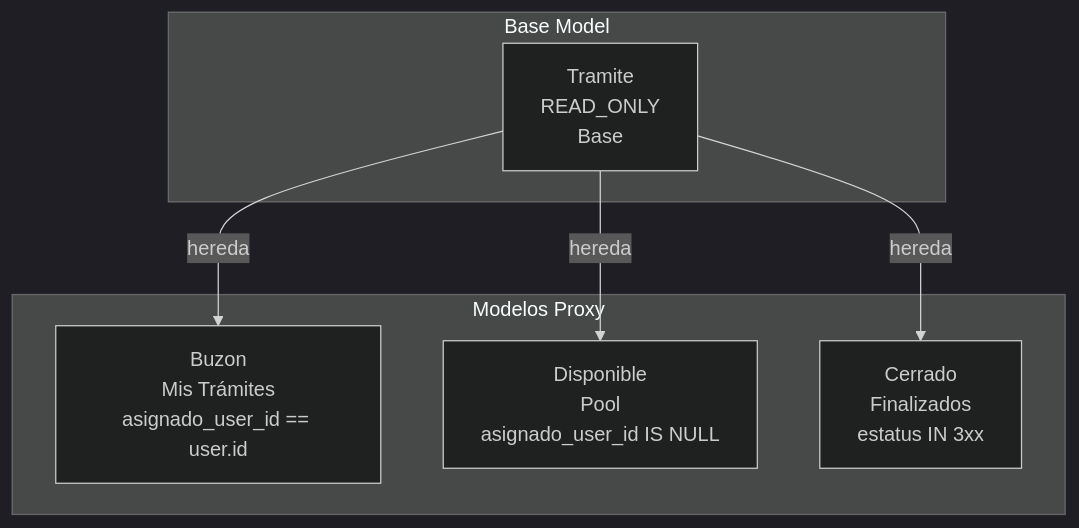
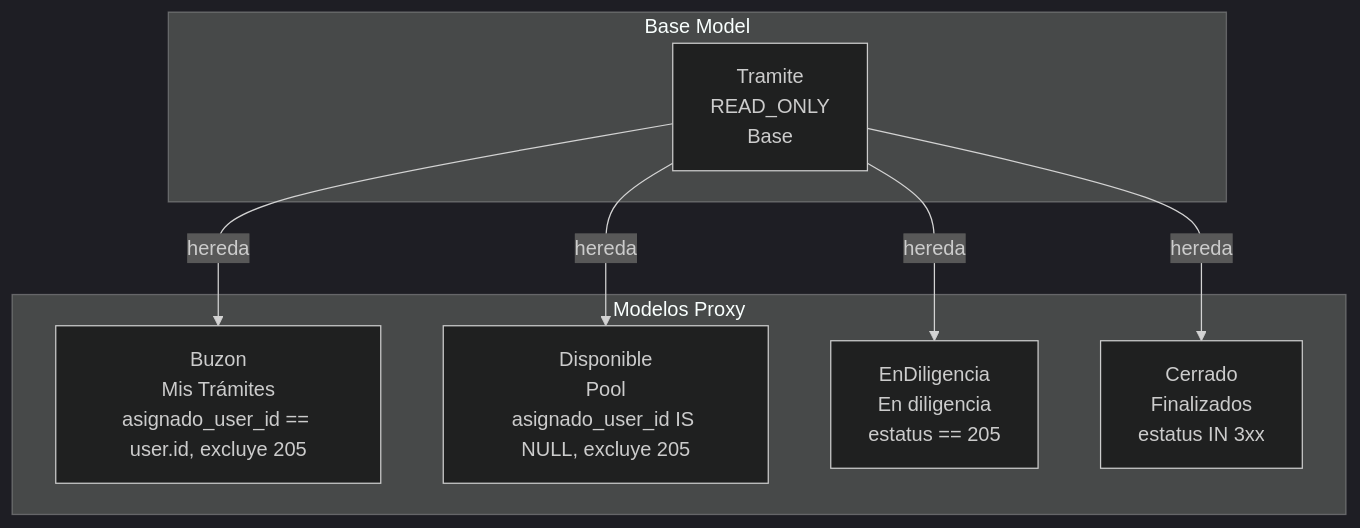
Before and after one commit to bogarin/back_office_sanfelo: the fifth of 6 diagrams in docs/01-ARQUITECTURA/01-ARQUITECTURA.md, drawn with Mermaid (dark theme). The commit also changed other lines of this file and 16 other files, not shown here.

````diff
--- a/docs/01-ARQUITECTURA/01-ARQUITECTURA.md
+++ b/docs/01-ARQUITECTURA/01-ARQUITECTURA.md
@@ -430,16 +431,18 @@
 ```mermaid
 graph TB
     subgraph "Base Model"
         T[Tramite<br/>READ_ONLY<br/>Base]
     end
 
     subgraph "Modelos Proxy"
-        B[Buzon<br/>Mis Trámites<br/>asignado_user_id == user.id]
-        D[Disponible<br/>Pool<br/>asignado_user_id IS NULL]
+        B[Buzon<br/>Mis Trámites<br/>asignado_user_id == user.id, excluye 205]
+        D[Disponible<br/>Pool<br/>asignado_user_id IS NULL, excluye 205]
+        E[EnDiligencia<br/>En diligencia<br/>estatus == 205]
         C[Cerrado<br/>Finalizados<br/>estatus IN 3xx]
     end
 
     T -->|hereda| B
     T -->|hereda| D
+    T -->|hereda| E
     T -->|hereda| C
 ```
````
